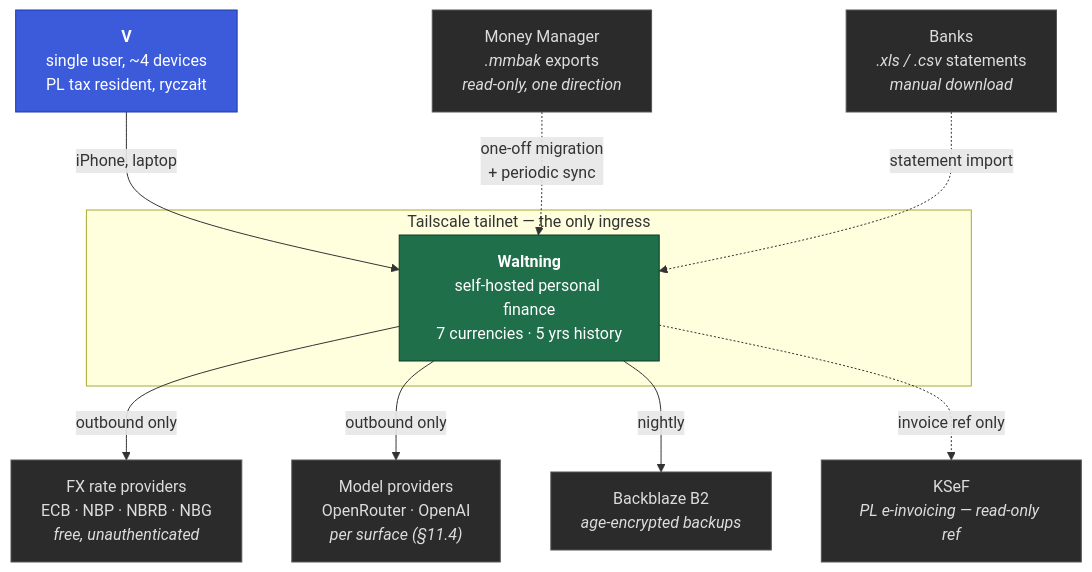
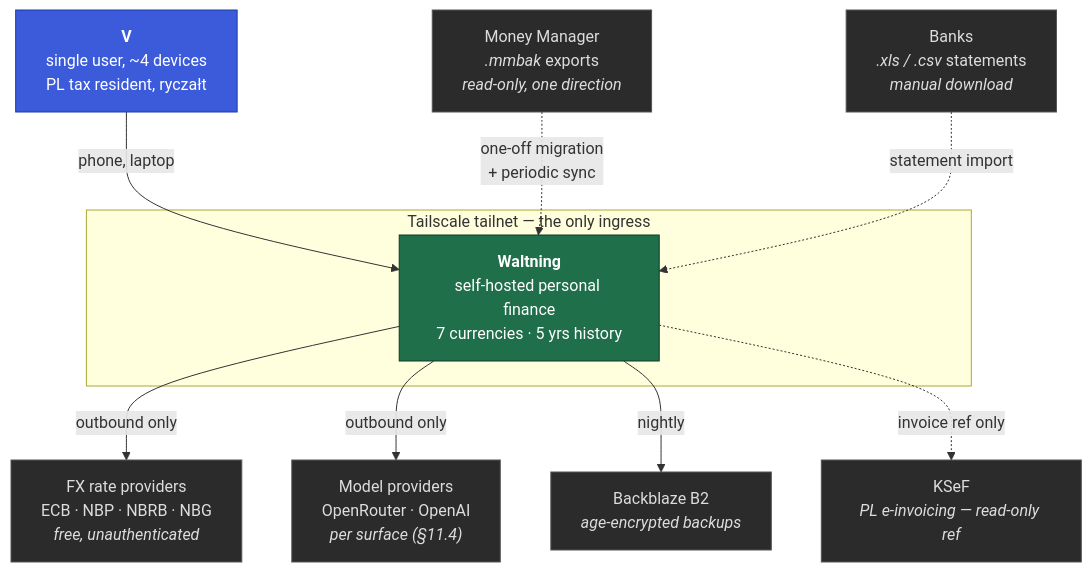
One commit to VoltLightning/waltning changed the first of 4 diagrams in docs/specification/architecture/01-context-and-containers.md. Above: the diagram before and after it, drawn with Mermaid. The commit also changed other lines of this file and 7 other files, not shown here.

````diff
--- a/docs/specification/architecture/01-context-and-containers.md
+++ b/docs/specification/architecture/01-context-and-containers.md
@@ -14,30 +14,30 @@
 ```mermaid
 graph TB
     V["<b>V</b><br/>single user, ~4 devices<br/>PL tax resident, ryczałt"]
 
     subgraph tailnet["Tailscale tailnet — the only ingress"]
         W["<b>Waltning</b><br/>self-hosted personal finance<br/>7 currencies · 5 yrs history"]
     end
 
     MM["Money Manager<br/><i>.mmbak</i> exports<br/><i>read-only, one direction</i>"]
     BANK["Banks<br/><i>.xls / .csv</i> statements<br/><i>manual download</i>"]
     FX["FX rate providers<br/>ECB · NBP · NBRB · NBG<br/><i>free, unauthenticated</i>"]
     LLM["Model providers<br/>OpenRouter · OpenAI<br/><i>per surface (§11.4)</i>"]
     B2["Backblaze B2<br/><i>age-encrypted backups</i>"]
     KSEF["KSeF<br/><i>PL e-invoicing — read-only ref</i>"]
 
-    V -->|"iPhone, laptop"| W
+    V -->|"phone, laptop"| W
     MM -.->|"one-off migration<br/>+ periodic sync"| W
     BANK -.->|"statement import"| W
     W -->|"outbound only"| FX
     W -->|"outbound only"| LLM
     W -->|"nightly"| B2
     W -.->|"invoice ref only"| KSEF
 
     classDef sys fill:#1f6f4a,stroke:#0d3a26,color:#fff
     classDef ext fill:#2b2b2b,stroke:#555,color:#ddd
     classDef person fill:#3b5bdb,stroke:#1c3aa9,color:#fff
     class W sys
     class MM,BANK,FX,LLM,B2,KSEF ext
     class V person
 ```
````
